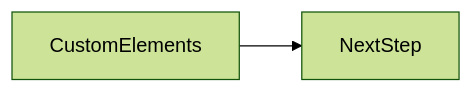
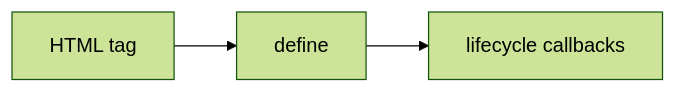
Before and after one commit to OmidJavaherii/Frontend-Engineering-Handbook: the second of 2 diagrams in docs/en/09-browser-apis/custom-elements/index.md, drawn with Mermaid (forest theme). The commit also changed other lines of this file and 461 other files, not shown here.

````diff
--- a/docs/en/09-browser-apis/custom-elements/index.md
+++ b/docs/en/09-browser-apis/custom-elements/index.md
@@ -95,4 +121,5 @@
 ```mermaid
 flowchart LR
-  concept[CustomElements] --> nextStep[NextStep]
+  HTML[HTML tag] --> Upgrade[define]
+  Upgrade --> Life[lifecycle callbacks]
 ```
````
